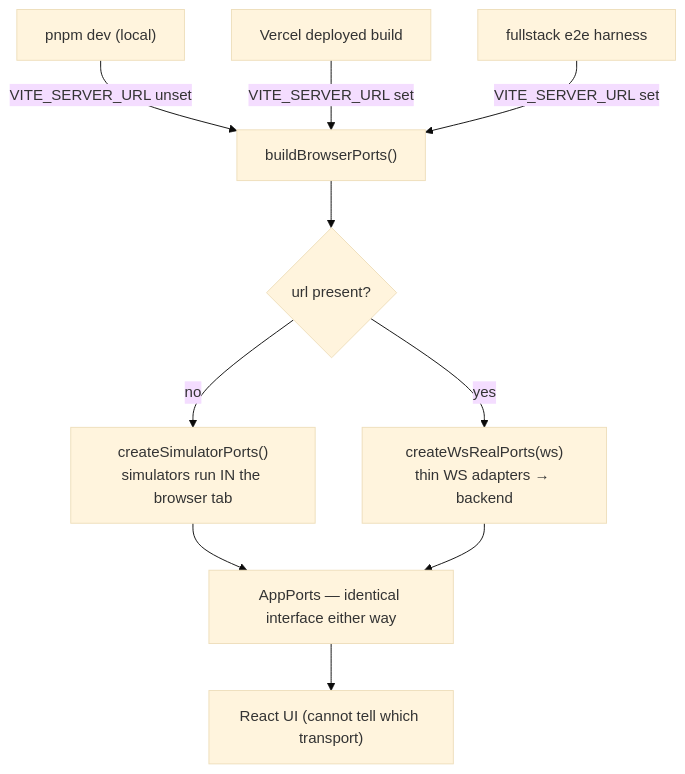
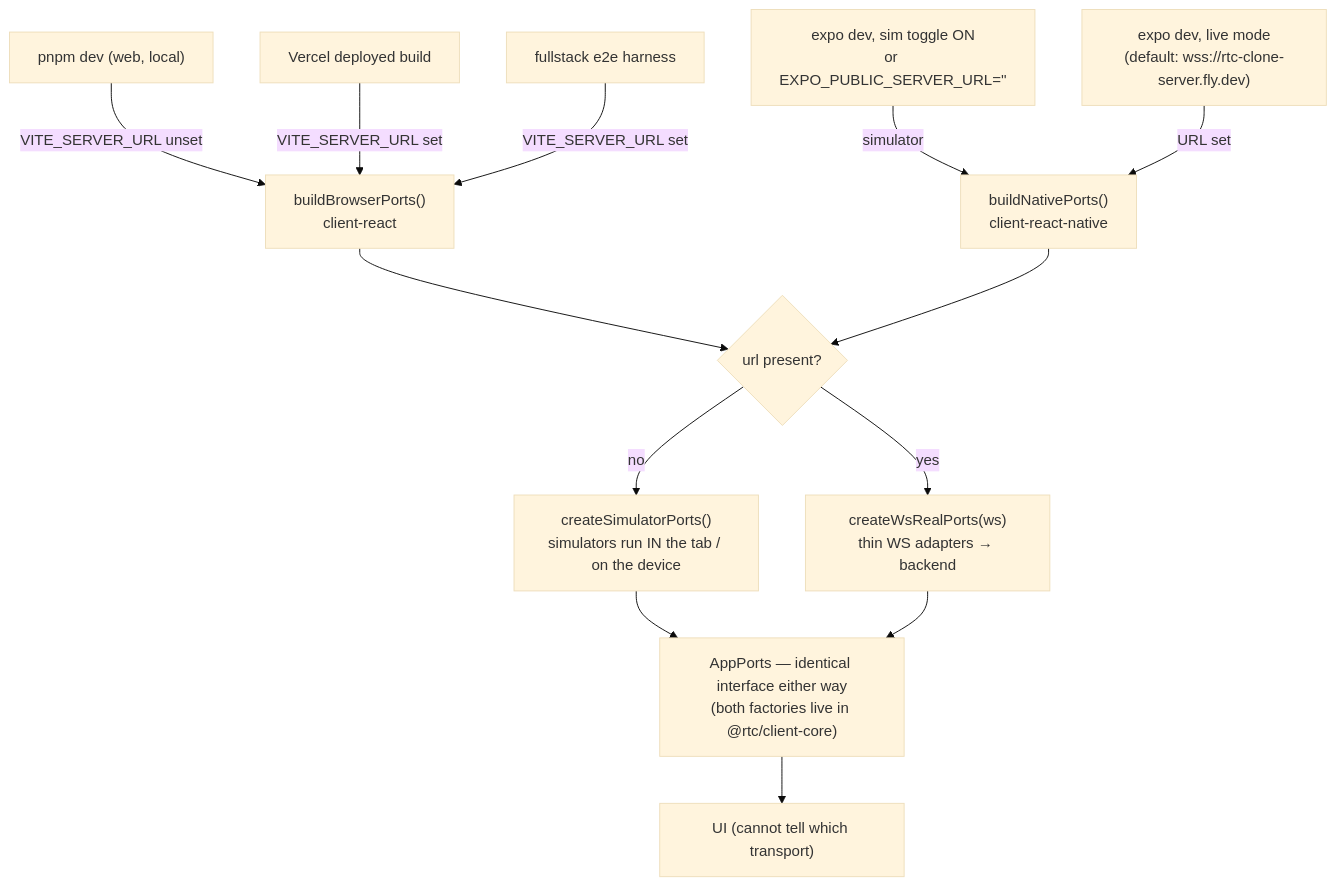
One commit to bettersoftware-io/ReactiveTraderCloudClone changed diagram 23 of 29 in docs/architecture.md. Above: the diagram before and after it, drawn with Mermaid (base theme). The commit also changed other lines of this file and 4 other files, not shown here.

First line of the commit message:
docs(architecture): sync architecture.md with the multi-client reality

````diff
--- a/docs/architecture.md
+++ b/docs/architecture.md
@@ -1126,12 +1428,16 @@
 ```mermaid
 flowchart TD
-    Dev["pnpm dev (local)"] -->|VITE_SERVER_URL unset| Root
-    Deploy["Vercel deployed build"] -->|VITE_SERVER_URL set| Root
-    E2E["fullstack e2e harness"] -->|VITE_SERVER_URL set| Root
-    Root["buildBrowserPorts()"] --> Q{"url present?"}
-    Q -->|"no"| SIM["createSimulatorPorts()<br/>simulators run IN the browser tab"]
+    Dev["pnpm dev (web, local)"] -->|VITE_SERVER_URL unset| RootW
+    Deploy["Vercel deployed build"] -->|VITE_SERVER_URL set| RootW
+    E2E["fullstack e2e harness"] -->|VITE_SERVER_URL set| RootW
+    Sim["expo dev, sim toggle ON<br/>or EXPO_PUBLIC_SERVER_URL=''"] -->|simulator| RootN
+    Live["expo dev, live mode<br/>(default: wss://rtc-clone-server.fly.dev)"] -->|URL set| RootN
+
+    RootW["buildBrowserPorts()<br/>client-react"] --> Q{"url present?"}
+    RootN["buildNativePorts()<br/>client-react-native"] --> Q
+    Q -->|"no"| SIM["createSimulatorPorts()<br/>simulators run IN the tab / on the device"]
     Q -->|"yes"| WS["createWsRealPorts(ws)<br/>thin WS adapters → backend"]
-    SIM --> Ports["AppPorts — identical interface either way"]
+    SIM --> Ports["AppPorts — identical interface either way<br/>(both factories live in @rtc/client-core)"]
     WS --> Ports
-    Ports --> UI["React UI (cannot tell which transport)"]
+    Ports --> UI["UI (cannot tell which transport)"]
 ```
````
